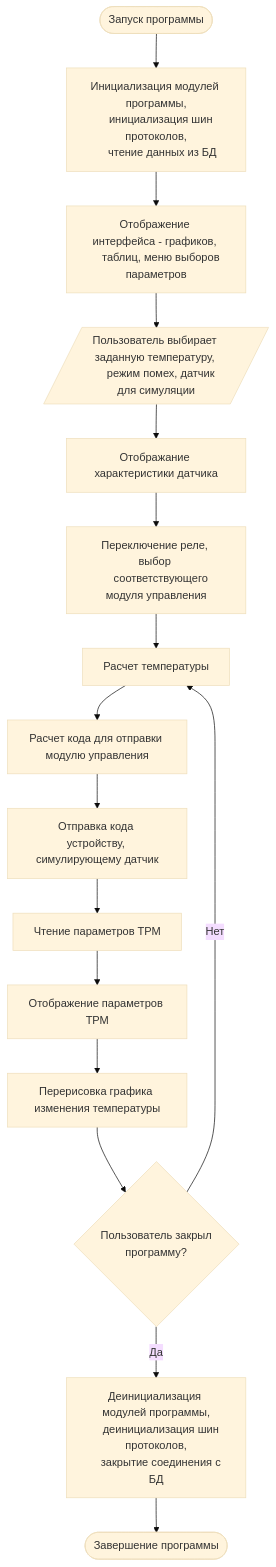
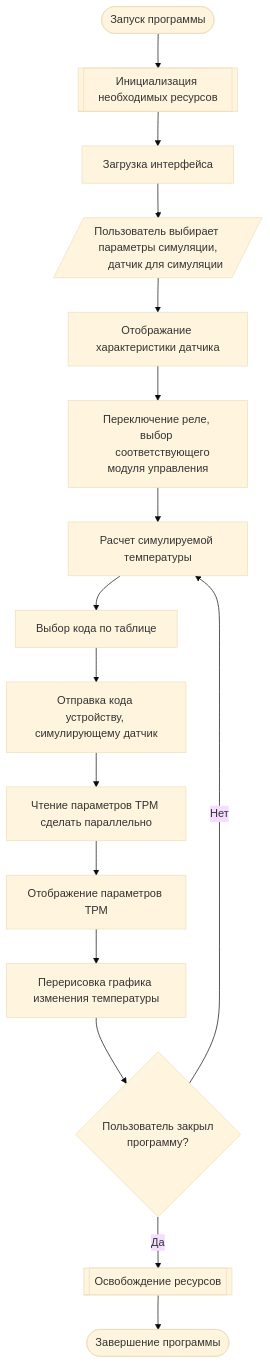
One commit to Marik28/dissertation changed the second of 5 diagrams in data/diagrams/алгоритмы.md. Above: the diagram before and after it, drawn with Mermaid (base theme). The commit also changed other lines of this file, not shown here.

Commit message:
update diagram

````diff
--- a/data/diagrams/алгоритмы.md
+++ b/data/diagrams/алгоритмы.md
@@ -70,27 +73,22 @@
 ```mermaid
 flowchart
     Start(["Запуск программы"]) --> A
-    A["Инициализация модулей программы,
-    инициализация шин протоколов,
-    чтение данных из БД"] --> B1
-    B1["Отображение интерфейса - графиков, 
-    таблиц, меню выборов параметров"] --> B2 
-    B2[/"Пользователь выбирает заданную температуру, 
-    режим помех, датчик для симуляции"/] --> C
+    A[["Инициализация необходимых ресурсов"]] --> B1
+    B1["Загрузка интерфейса"] --> B2 
+    B2[/"Пользователь выбирает параметры симуляции,
+     датчик для симуляции"/] --> C
     C["Отображание характеристики датчика"] --> D
     D["Переключение реле, выбор 
     соответствующего модуля управления"] --> E
-    E["Расчет температуры"] --> F
-    F["Расчет кода для отправки модулю управления"]  --> G
+    E["Расчет симулируемой температуры"] --> F
+    F["Выбор кода по таблице"]  --> G
     G["Отправка кода устройству, симулирующему датчик"] --> H
-    H["Чтение параметров ТРМ"] --> I
+    H["Чтение параметров ТРМ сделать параллельно"] --> I
     I["Отображение параметров ТРМ"] --> J
     J["Перерисовка графика изменения температуры"] --> K
     K{"Пользователь закрыл 
     программу?"} -->|"Нет"| E
     K -->|"Да"| Z     
-    Z["Деинициализация модулей программы,
-    деинициализация шин протоколов,
-    закрытие соединения с БД"] --> End
+    Z[["Освобождение ресурсов"]] --> End
     End(["Завершение программы"])
 ```
````
